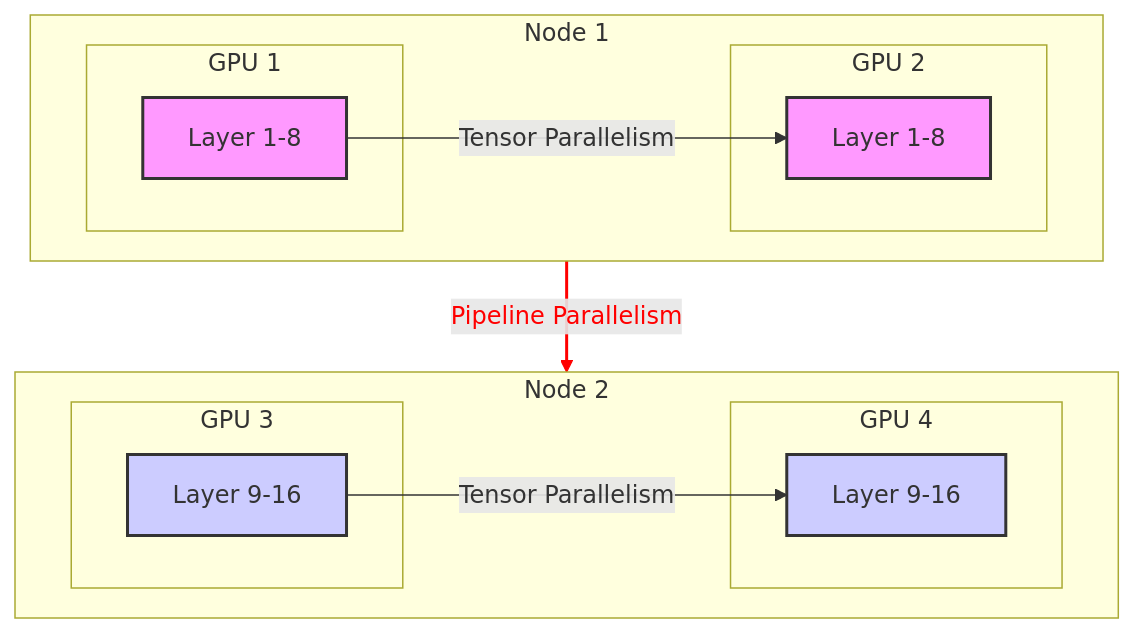
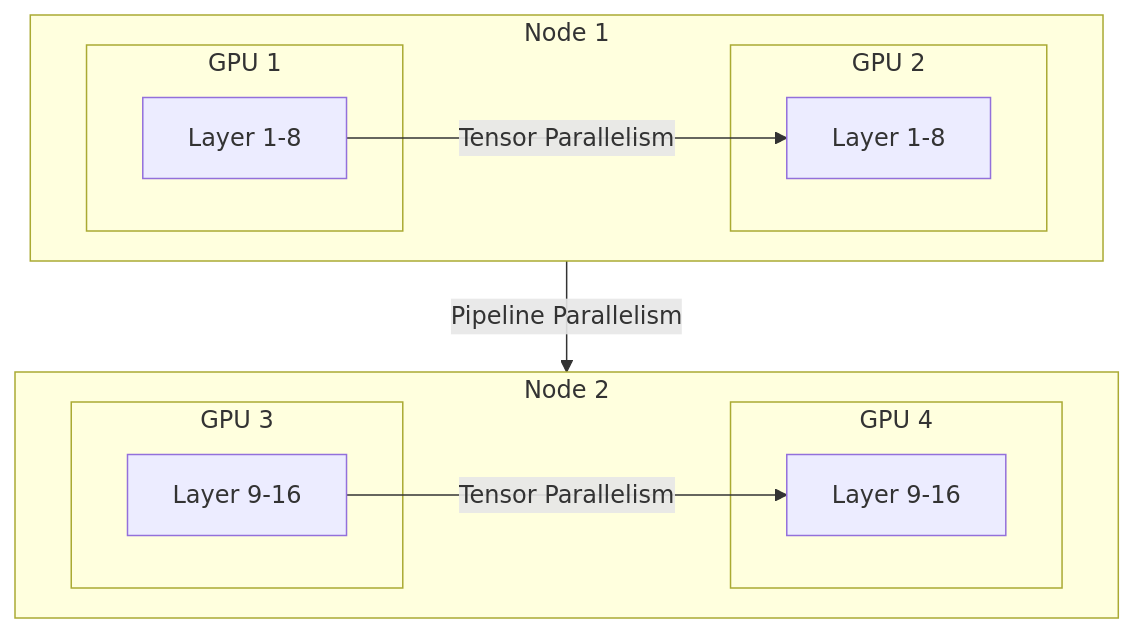
The diagram in docs/4-대규모-언어-모델-llm/4-6-서빙-and-배포/distributed-serving-and-sharding.md (harimkang/ai-engineer-guide), drawn with Mermaid before and after one commit. The commit also changed 45 other files, not shown here.

````diff
--- a/docs/4-대규모-언어-모델-llm/4-6-서빙-and-배포/distributed-serving-and-sharding.md
+++ b/docs/4-대규모-언어-모델-llm/4-6-서빙-and-배포/distributed-serving-and-sharding.md
@@ -60,33 +60,26 @@
 ```mermaid
 graph TD;
     subgraph Node 1
         direction LR
         subgraph GPU 1
             A[Layer 1-8]
         end
         subgraph GPU 2
             B[Layer 1-8]
         end
     end
 
     subgraph Node 2
         direction LR
         subgraph GPU 3
             C[Layer 9-16]
         end
         subgraph GPU 4
             D[Layer 9-16]
         end
     end
 
     A -- Tensor Parallelism --> B;
     C -- Tensor Parallelism --> D;
     B -- Pipeline Parallelism --> C;
-
-    style A fill:#f9f,stroke:#333,stroke-width:2px
-    style B fill:#f9f,stroke:#333,stroke-width:2px
-    style C fill:#ccf,stroke:#333,stroke-width:2px
-    style D fill:#ccf,stroke:#333,stroke-width:2px
-
-    linkStyle 2 stroke:red,stroke-width:2px,color:red;
 ```
````
